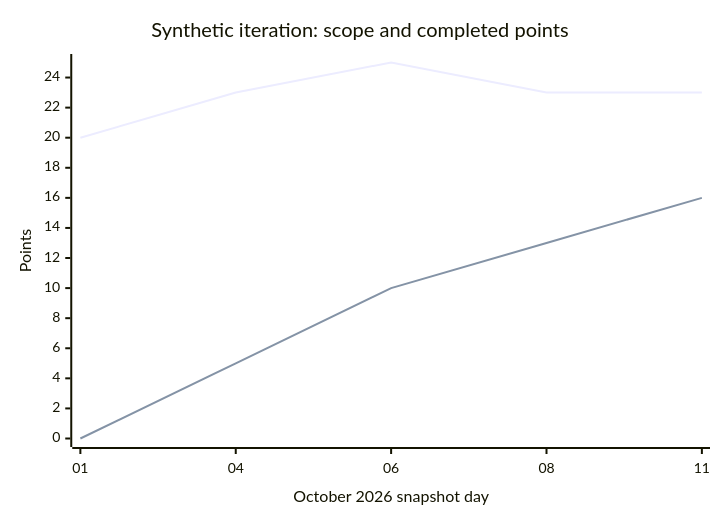
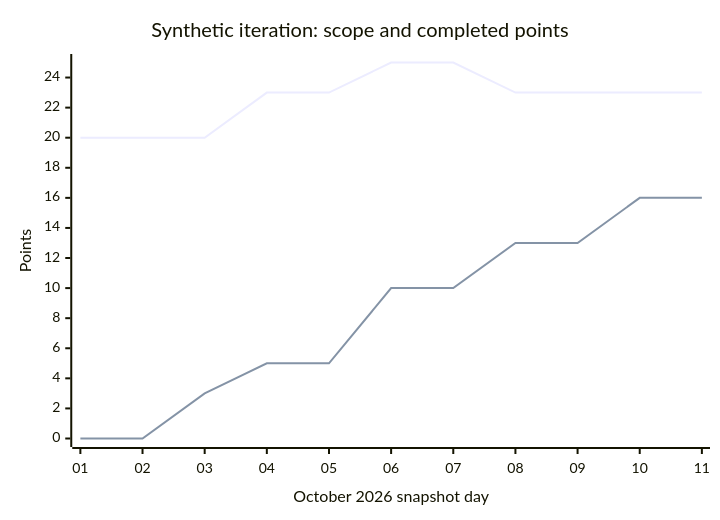
The diagram in content/book/chapter-12.md (polla-fattah/ood-agile-book), drawn with Mermaid before and after one commit. The commit also changed other lines of this file and 33 other files, not shown here.

````diff
--- a/content/book/chapter-12.md
+++ b/content/book/chapter-12.md
@@ -141,8 +141,8 @@
 ```mermaid
 xychart-beta
     title "Synthetic iteration: scope and completed points"
-    x-axis "October 2026 snapshot day" ["01", "04", "06", "08", "11"]
+    x-axis "October 2026 snapshot day" ["01", "02", "03", "04", "05", "06", "07", "08", "09", "10", "11"]
     y-axis "Points" 0 --> 25
-    line [20, 23, 25, 23, 23]
-    line [0, 5, 10, 13, 16]
+    line [20, 20, 20, 23, 23, 25, 25, 23, 23, 23, 23]
+    line [0, 0, 3, 5, 5, 10, 10, 13, 13, 16, 16]
 ```
````
